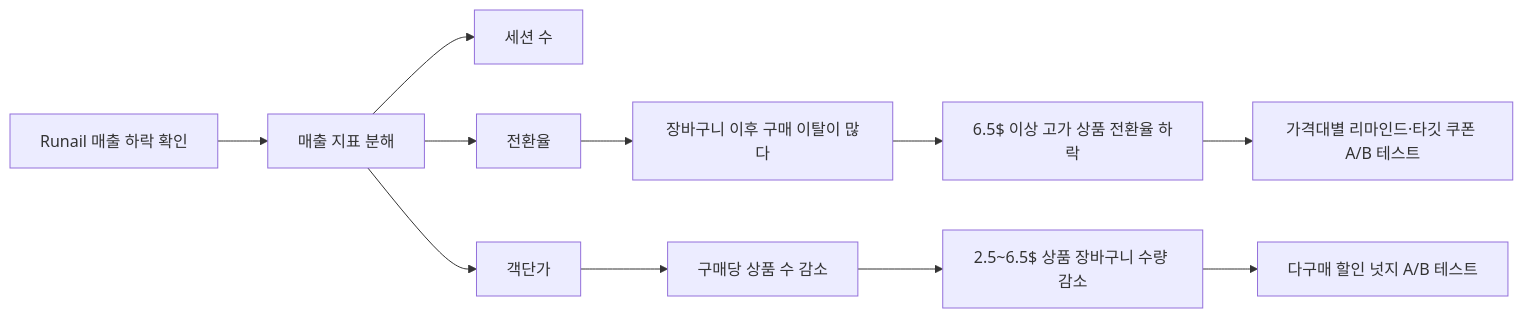
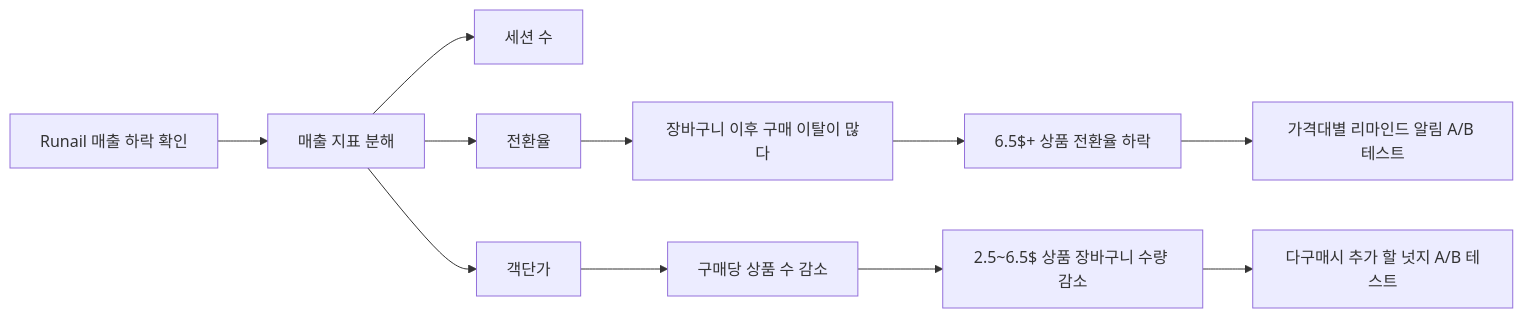
One commit to minjaewls/My_Project changed the diagram in 원인은 장바구니에!/README.md. Above: the diagram before and after it, drawn with Mermaid. The commit also changed other lines of this file, not shown here.

````diff
--- a/원인은 장바구니에!/README.md
+++ b/원인은 장바구니에!/README.md
@@ -9,13 +9,13 @@
 ```mermaid
 flowchart LR
     A[Runail 매출 하락 확인] --> B[매출 지표 분해]
     B --> C[세션 수]
     B --> D[전환율]
     B --> E[객단가]
     E --> F[구매당 상품 수 감소]
     F --> G[2.5~6.5$ 상품 장바구니 수량 감소]
     D --> H[장바구니 이후 구매 이탈이 많다]
-    H --> I[6.5$ 이상 고가 상품 전환율 하락]
-    G --> J[다구매 할인 넛지 A/B 테스트]
-    I --> K[가격대별 리마인드·타깃 쿠폰 A/B 테스트]
+    H --> I[6.5$+ 상품 전환율 하락]
+    G --> J[다구매시 추가 할 넛지 A/B 테스트]
+    I --> K[가격대별 리마인드 알림 A/B 테스트]
 ```
````
